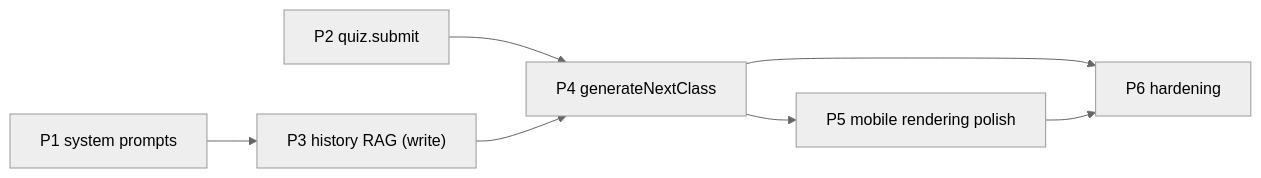
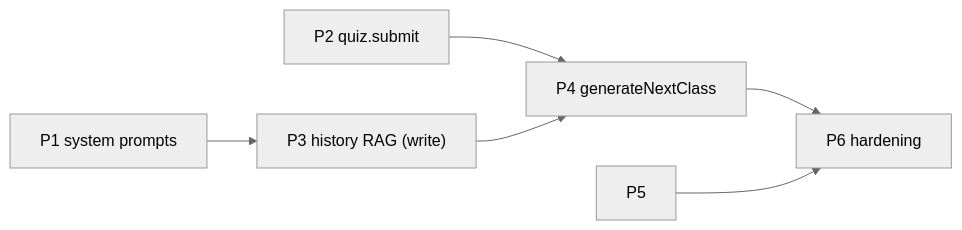
Before and after one commit to IAmPavelDev/axonpath: the diagram in knowledge-base/BETA_PLAN.md, drawn with Mermaid (neutral theme). The commit also changed other lines of this file and 3 other files, not shown here.

````diff
--- a/knowledge-base/BETA_PLAN.md
+++ b/knowledge-base/BETA_PLAN.md
@@ -183,9 +183,8 @@
 ```mermaid
 flowchart LR
     P1["P1 system prompts"] --> P3["P3 history RAG (write)"]
     P2["P2 quiz.submit"] --> P4["P4 generateNextClass"]
     P3 --> P4
-    P4 --> P5["P5 mobile rendering polish"]
     P4 --> P6["P6 hardening"]
     P5 --> P6
 ```
````
